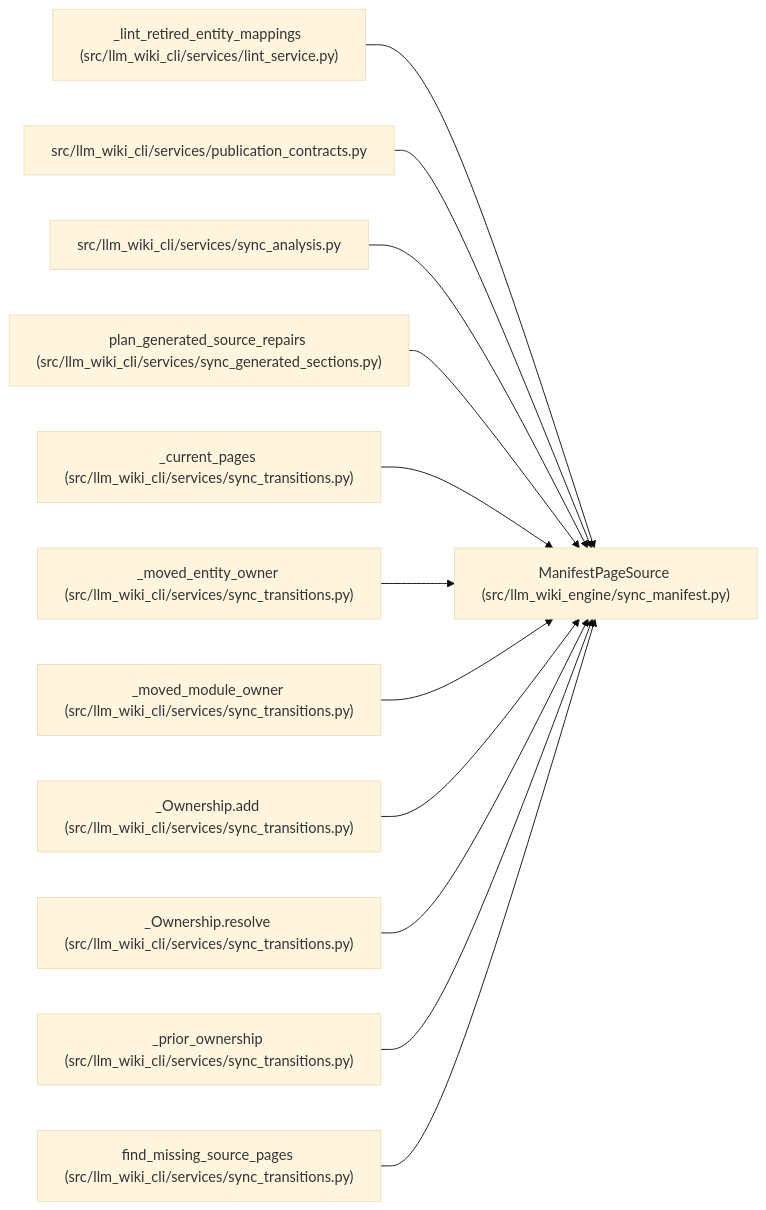
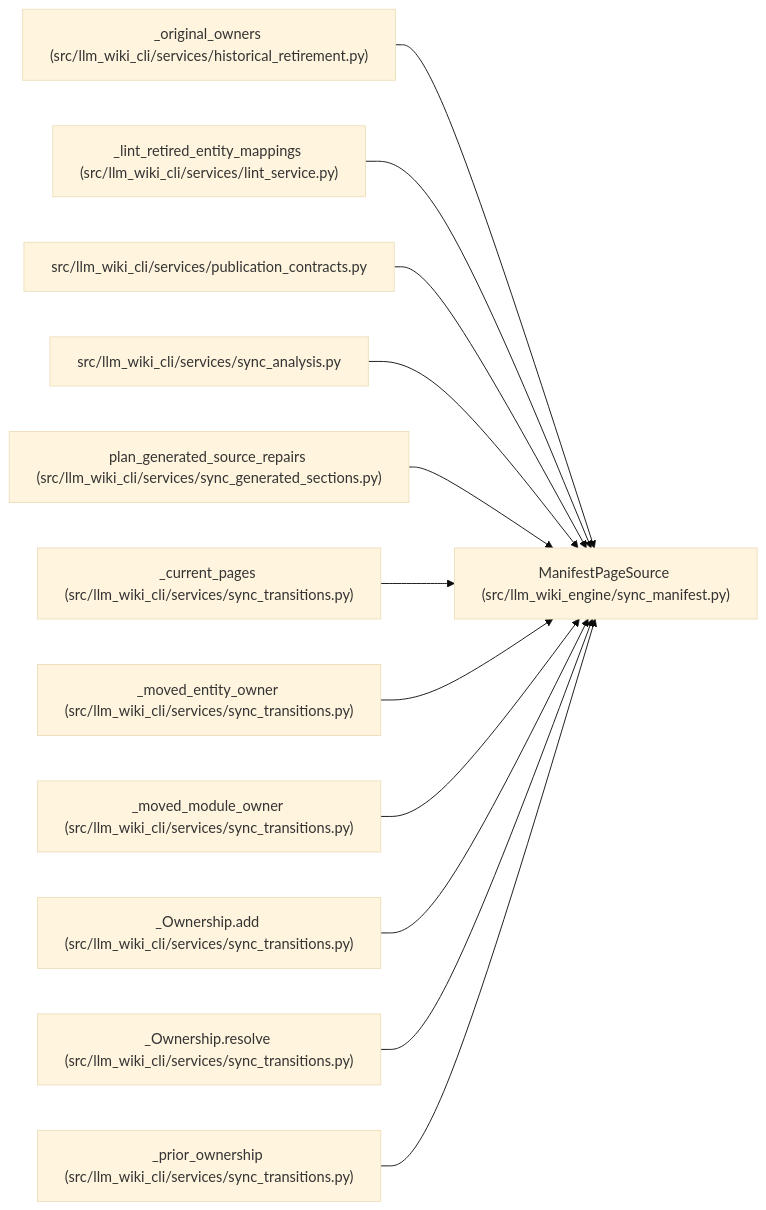
The diagram in docs/llm_wiki/entities/ManifestPageSource.md (Denissvgn/python-wiki-llm), drawn with Mermaid (base theme) before and after one commit. The commit also changed other lines of this file and 699 other files, not shown here.

````diff
--- a/docs/llm_wiki/entities/ManifestPageSource.md
+++ b/docs/llm_wiki/entities/ManifestPageSource.md
@@ -34,38 +34,38 @@
 ```mermaid
 flowchart LR
     n0["ManifestPageSource (src/llm_wiki_engine/sync_manifest.py)"]
-    n1["_lint_retired_entity_mappings (src/llm_wiki_cli/services/lint_service.py)"]
-    n2["src/llm_wiki_cli/services/publication_contracts.py"]
-    n3["src/llm_wiki_cli/services/sync_analysis.py"]
-    n4["plan_generated_source_repairs (src/llm_wiki_cli/services/sync_generated_sections.py)"]
-    n5["_current_pages (src/llm_wiki_cli/services/sync_transitions.py)"]
-    n6["_moved_entity_owner (src/llm_wiki_cli/services/sync_transitions.py)"]
-    n7["_moved_module_owner (src/llm_wiki_cli/services/sync_transitions.py)"]
-    n8["_Ownership.add (src/llm_wiki_cli/services/sync_transitions.py)"]
-    n9["_Ownership.resolve (src/llm_wiki_cli/services/sync_transitions.py)"]
-    n10["_prior_ownership (src/llm_wiki_cli/services/sync_transitions.py)"]
-    n11["find_missing_source_pages (src/llm_wiki_cli/services/sync_transitions.py)"]
+    n1["_original_owners (src/llm_wiki_cli/services/historical_retirement.py)"]
+    n2["_lint_retired_entity_mappings (src/llm_wiki_cli/services/lint_service.py)"]
+    n3["src/llm_wiki_cli/services/publication_contracts.py"]
+    n4["src/llm_wiki_cli/services/sync_analysis.py"]
+    n5["plan_generated_source_repairs (src/llm_wiki_cli/services/sync_generated_sections.py)"]
+    n6["_current_pages (src/llm_wiki_cli/services/sync_transitions.py)"]
+    n7["_moved_entity_owner (src/llm_wiki_cli/services/sync_transitions.py)"]
+    n8["_moved_module_owner (src/llm_wiki_cli/services/sync_transitions.py)"]
+    n9["_Ownership.add (src/llm_wiki_cli/services/sync_transitions.py)"]
+    n10["_Ownership.resolve (src/llm_wiki_cli/services/sync_transitions.py)"]
+    n11["_prior_ownership (src/llm_wiki_cli/services/sync_transitions.py)"]
     n1 --> n0
     n2 --> n0
     n3 --> n0
     n4 --> n0
     n5 --> n0
     n6 --> n0
     n7 --> n0
     n8 --> n0
     n9 --> n0
     n10 --> n0
     n11 --> n0
     click n0 "../modules/sync_manifest.md"
-    click n1 "../modules/lint_service.md"
-    click n2 "../modules/publication_contracts.md"
-    click n3 "../modules/sync_analysis.md"
-    click n4 "../modules/sync_generated_sections.md"
-    click n5 "../modules/sync_transitions.md"
+    click n1 "../modules/historical_retirement.md"
+    click n2 "../modules/lint_service.md"
+    click n3 "../modules/publication_contracts.md"
+    click n4 "../modules/sync_analysis.md"
+    click n5 "../modules/sync_generated_sections.md"
     click n6 "../modules/sync_transitions.md"
     click n7 "../modules/sync_transitions.md"
     click n8 "../modules/sync_transitions.md"
     click n9 "../modules/sync_transitions.md"
     click n10 "../modules/sync_transitions.md"
     click n11 "../modules/sync_transitions.md"
 ```
````
